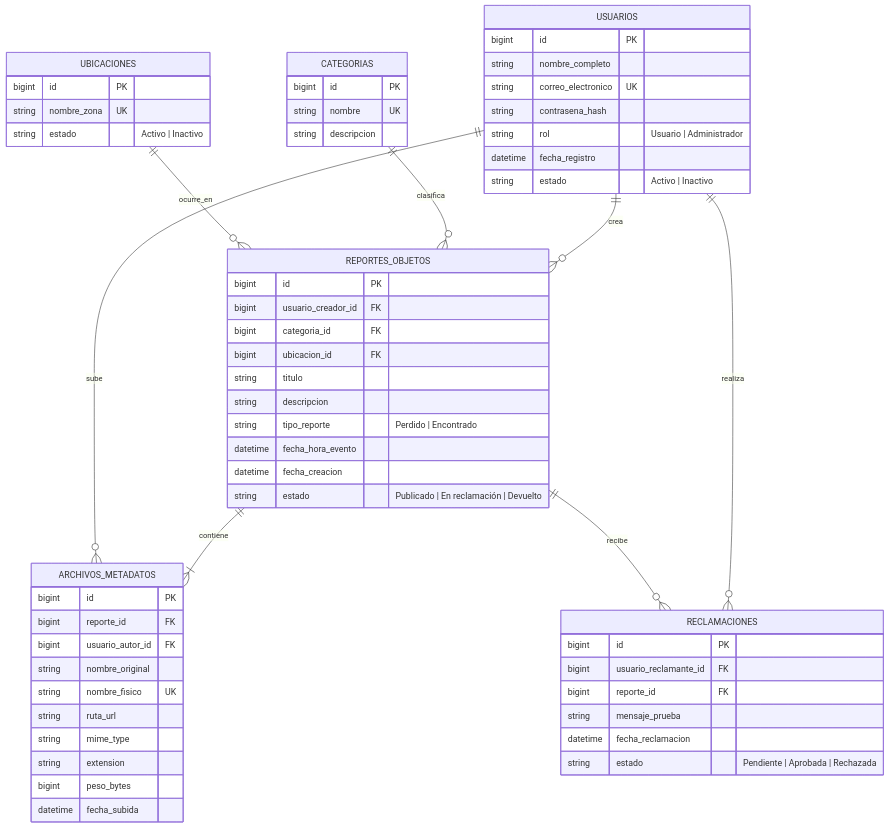
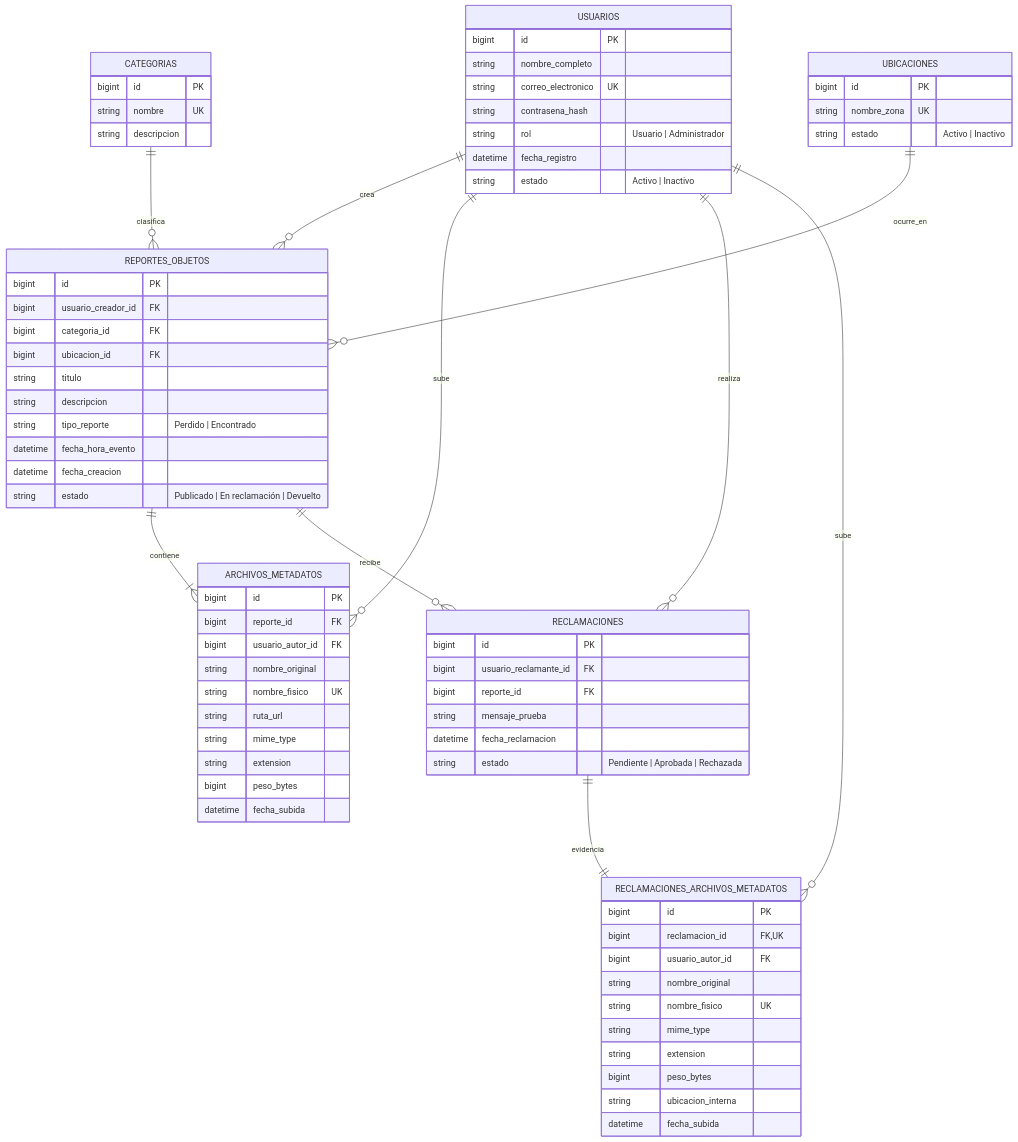
One commit to juanffff-hub/buscacampus-project changed the diagram in docs/mer.md. Above: the diagram before and after it, drawn with Mermaid. The commit also changed other lines of this file and 3 other files, not shown here.

````diff
--- a/docs/mer.md
+++ b/docs/mer.md
@@ -5,62 +5,76 @@
 ```mermaid
 erDiagram
     USUARIOS ||--o{ REPORTES_OBJETOS : crea
     CATEGORIAS ||--o{ REPORTES_OBJETOS : clasifica
     UBICACIONES ||--o{ REPORTES_OBJETOS : ocurre_en
     REPORTES_OBJETOS ||--|{ ARCHIVOS_METADATOS : contiene
     USUARIOS ||--o{ ARCHIVOS_METADATOS : sube
     USUARIOS ||--o{ RECLAMACIONES : realiza
     REPORTES_OBJETOS ||--o{ RECLAMACIONES : recibe
+    RECLAMACIONES ||--|| RECLAMACIONES_ARCHIVOS_METADATOS : evidencia
+    USUARIOS ||--o{ RECLAMACIONES_ARCHIVOS_METADATOS : sube
 
     USUARIOS {
       bigint id PK
       string nombre_completo
       string correo_electronico UK
       string contrasena_hash
       string rol "Usuario | Administrador"
       datetime fecha_registro
       string estado "Activo | Inactivo"
     }
     CATEGORIAS {
       bigint id PK
       string nombre UK
       string descripcion
     }
     UBICACIONES {
       bigint id PK
       string nombre_zona UK
       string estado "Activo | Inactivo"
     }
     REPORTES_OBJETOS {
       bigint id PK
       bigint usuario_creador_id FK
       bigint categoria_id FK
       bigint ubicacion_id FK
       string titulo
       string descripcion
       string tipo_reporte "Perdido | Encontrado"
       datetime fecha_hora_evento
       datetime fecha_creacion
       string estado "Publicado | En reclamación | Devuelto"
     }
     ARCHIVOS_METADATOS {
       bigint id PK
       bigint reporte_id FK
       bigint usuario_autor_id FK
       string nombre_original
       string nombre_fisico UK
       string ruta_url
       string mime_type
       string extension
       bigint peso_bytes
       datetime fecha_subida
     }
     RECLAMACIONES {
       bigint id PK
       bigint usuario_reclamante_id FK
       bigint reporte_id FK
       string mensaje_prueba
       datetime fecha_reclamacion
       string estado "Pendiente | Aprobada | Rechazada"
     }
+    RECLAMACIONES_ARCHIVOS_METADATOS {
+      bigint id PK
+      bigint reclamacion_id FK, UK
+      bigint usuario_autor_id FK
+      string nombre_original
+      string nombre_fisico UK
+      string mime_type
+      string extension
+      bigint peso_bytes
+      string ubicacion_interna
+      datetime fecha_subida
+    }
 ```
````
